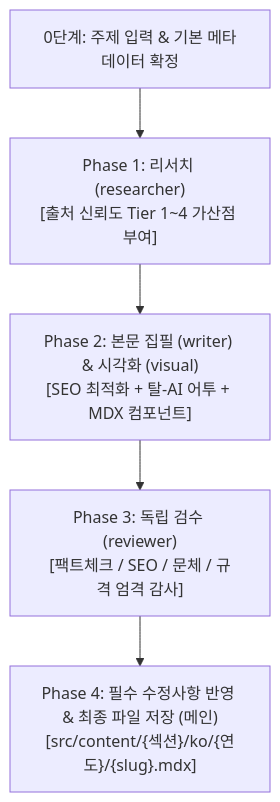
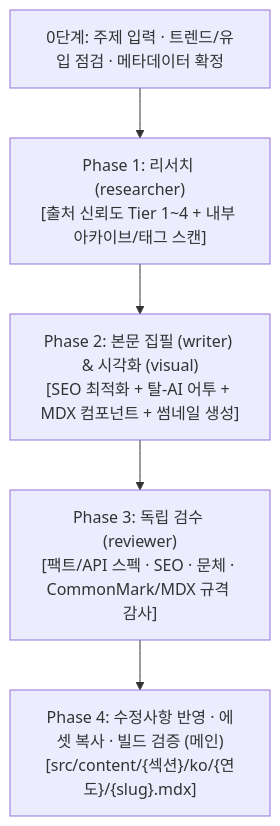
One commit to veryfaraway/blog-astro-eone changed the diagram in .agents/skills/blog/SKILL.md. Above: the diagram before and after it, drawn with Mermaid. The commit also changed other lines of this file and 23 other files, not shown here.

````diff
--- a/.agents/skills/blog/SKILL.md
+++ b/.agents/skills/blog/SKILL.md
@@ -17,7 +17,7 @@
 ```mermaid
 flowchart TD
-    Start["0단계: 주제 입력 & 기본 메타데이터 확정"] --> Phase1["Phase 1: 리서치 (researcher)\n[출처 신뢰도 Tier 1~4 가산점 부여]"]
-    Phase1 --> Phase2["Phase 2: 본문 집필 (writer) & 시각화 (visual)\n[SEO 최적화 + 탈-AI 어투 + MDX 컴포넌트]"]
-    Phase2 --> Phase3["Phase 3: 독립 검수 (reviewer)\n[팩트체크 / SEO / 문체 / 규격 엄격 감사]"]
-    Phase3 --> Phase4["Phase 4: 필수 수정사항 반영 & 최종 파일 저장 (메인)\n[src/content/{섹션}/ko/{연도}/{slug}.mdx]"]
+    Start["0단계: 주제 입력 · 트렌드/유입 점검 · 메타데이터 확정"] --> Phase1["Phase 1: 리서치 (researcher)\n[출처 신뢰도 Tier 1~4 + 내부 아카이브/태그 스캔]"]
+    Phase1 --> Phase2["Phase 2: 본문 집필 (writer) & 시각화 (visual)\n[SEO 최적화 + 탈-AI 어투 + MDX 컴포넌트 + 썸네일 생성]"]
+    Phase2 --> Phase3["Phase 3: 독립 검수 (reviewer)\n[팩트/API 스펙 · SEO · 문체 · CommonMark/MDX 규격 감사]"]
+    Phase3 --> Phase4["Phase 4: 수정사항 반영 · 에셋 복사 · 빌드 검증 (메인)\n[src/content/{섹션}/ko/{연도}/{slug}.mdx]"]
 ```
````
